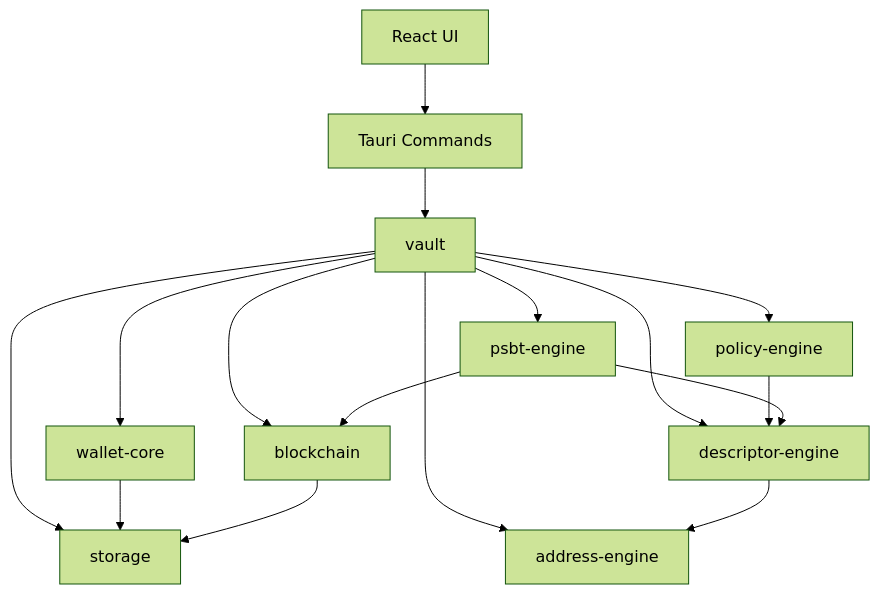
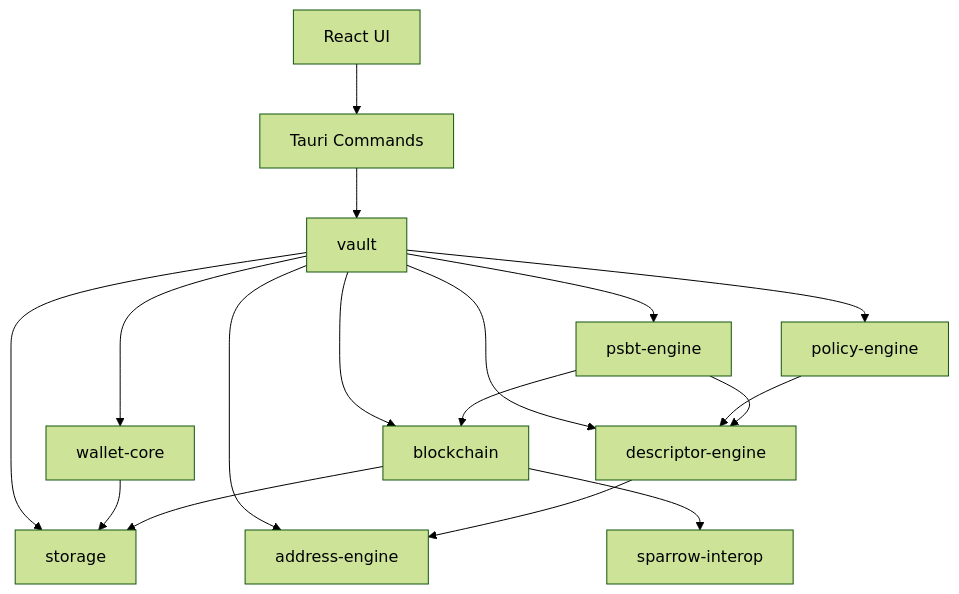
One commit to zerominh/minisatoshi changed the first of 2 diagrams in docs/DEVELOPMENT_PLAN.md. Above: the diagram before and after it, drawn with Mermaid (forest theme). The commit also changed other lines of this file and 1 other file, not shown here.

````diff
--- a/docs/DEVELOPMENT_PLAN.md
+++ b/docs/DEVELOPMENT_PLAN.md
@@ -86,19 +87,21 @@
 ```mermaid
 flowchart TB
     UI[React UI] --> Tauri[Tauri Commands]
     Tauri --> Vault[vault]
     Vault --> WalletCore[wallet-core]
     Vault --> PolicyEngine[policy-engine]
     Vault --> DescriptorEngine[descriptor-engine]
     Vault --> AddressEngine[address-engine]
     Vault --> PsbtEngine[psbt-engine]
     Vault --> Blockchain[blockchain]
     Vault --> Storage[storage]
 
+    Blockchain --> SparrowInterop[sparrow-interop]
+
     PolicyEngine --> DescriptorEngine
     DescriptorEngine --> AddressEngine
     WalletCore --> Storage
     PsbtEngine --> DescriptorEngine
     PsbtEngine --> Blockchain
     Blockchain --> Storage
 ```
````
